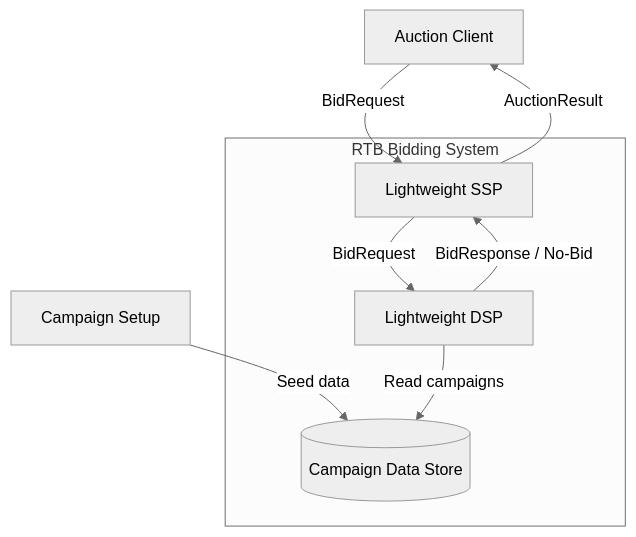
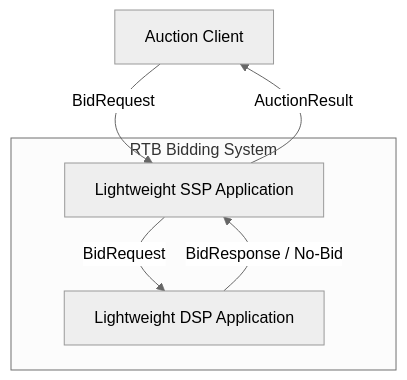
Before and after one commit to bbororo5/low-latency-openrtb-auction: the second of 2 diagrams in docs/ARCHITECTURE.md, drawn with Mermaid (neutral theme). The commit also changed other lines of this file and 2 other files, not shown here.

Commit message:
docs: simplify C2 containers for SSP and DSP

````diff
--- a/docs/ARCHITECTURE.md
+++ b/docs/ARCHITECTURE.md
@@ -177,20 +177,15 @@
 ```mermaid
 flowchart TB
     client["Auction Client"]
-    advertiser["Campaign Setup"]
 
     subgraph boundary["RTB Bidding System"]
-        ssp["Lightweight SSP"]
-        dsp["Lightweight DSP"]
-        store[("Campaign Data Store")]
+        ssp["Lightweight SSP Application"]
+        dsp["Lightweight DSP Application"]
     end
 
     client -->|"BidRequest"| ssp
     ssp -->|"AuctionResult"| client
 
     ssp -->|"BidRequest"| dsp
     dsp -->|"BidResponse / No-Bid"| ssp
-
-    advertiser -->|"Seed data"| store
-    dsp -->|"Read campaigns"| store
 ```
````
